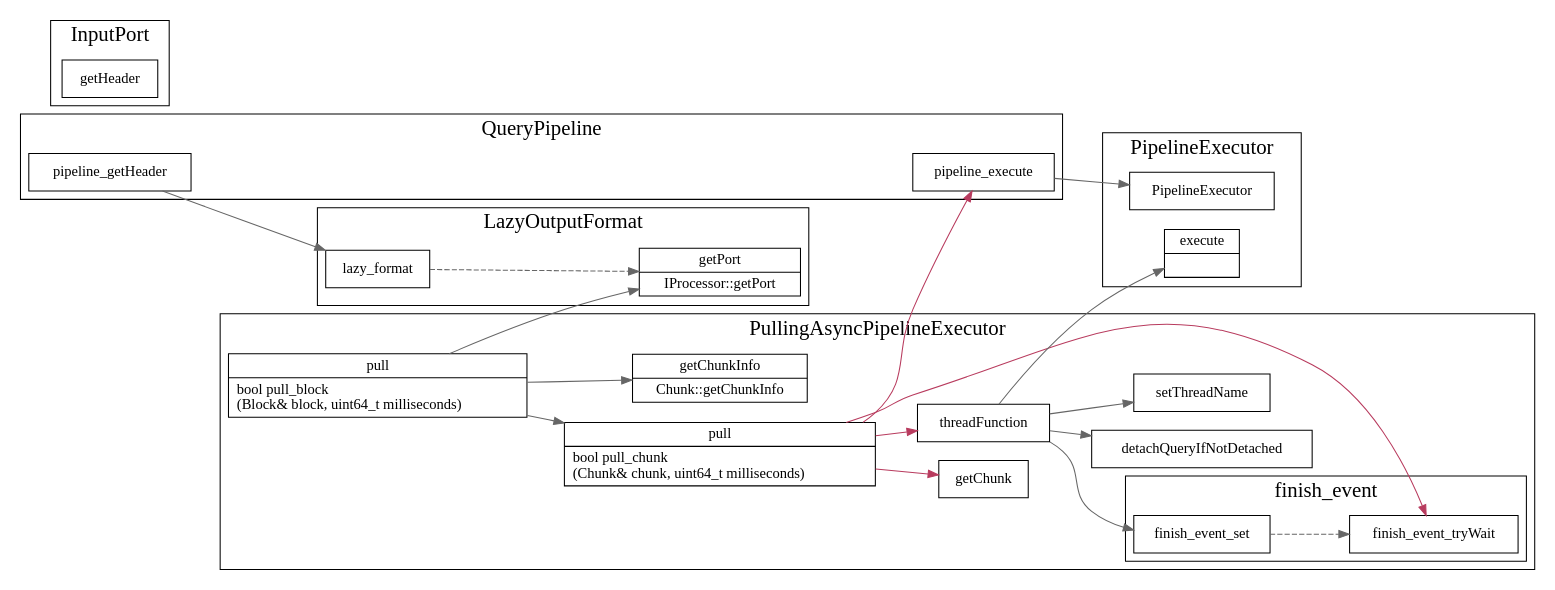
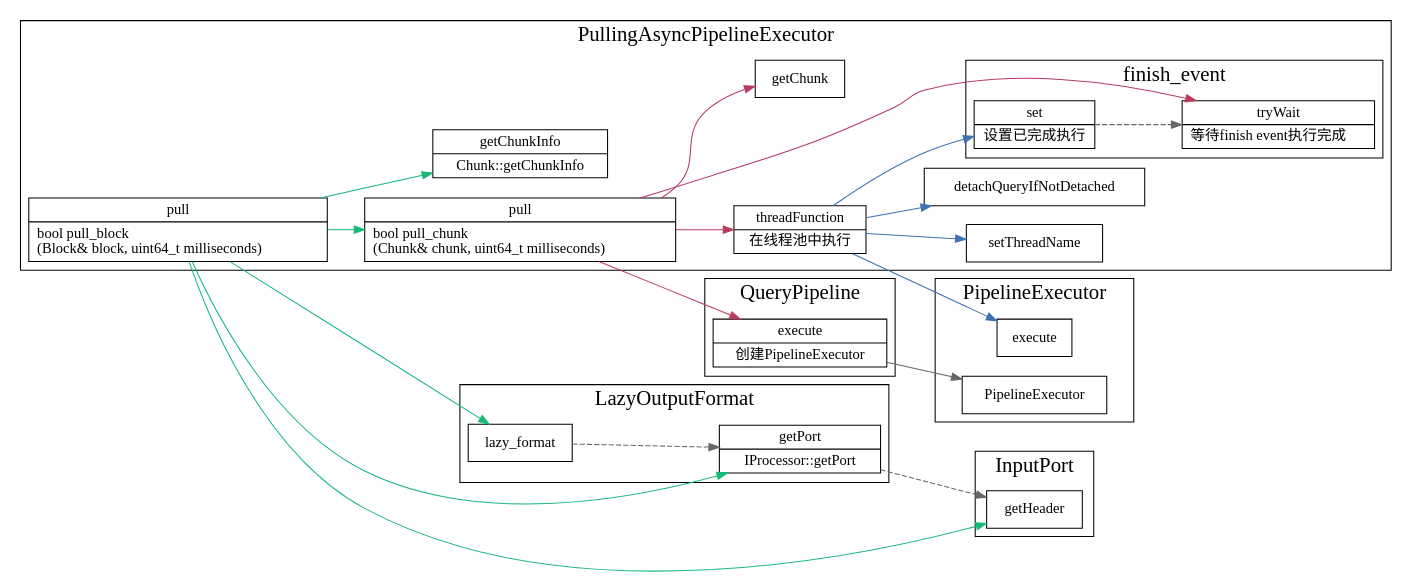
One commit to xieyu/blog changed the diagram in src/clickhouse/dot/pulling-async-pipeline-executor.dot. Above: the diagram before and after it, drawn with Graphviz. The commit also changed 4 other files, not shown here.

```diff
--- a/src/clickhouse/dot/pulling-async-pipeline-executor.dot
+++ b/src/clickhouse/dot/pulling-async-pipeline-executor.dot
@@ -1,89 +1,121 @@
 digraph pulling_async_pipeline_executor {
   node[shape=box];
   edge[color=gray40];
   newrank=true;
   rankdir=LR;
   subgraph cluster_PipelineExecutor {
     graph[label="PipelineExecutor";fontsize=20;];
     pipelineExecutor_execute;
     pipelineExecutor_execute[
       shape="record";
       label="{{
-        execute|
+        execute
       }}";
     ];
     PipelineExecutor;
   }
   subgraph cluster_InputPort {
     graph[label="InputPort";fontsize=20;];
     getHeader;
   }
 
   subgraph cluster_LazyOutputFormat {
     graph[label="LazyOutputFormat";fontsize=20;];
     lazy_format -> lazy_format_getPort[style=dashed];
     lazy_format_getPort[
       shape="record";
       label="{{
         getPort|
         IProcessor::getPort
       }}";
     ];
-    
+    lazy_format_getPort -> getHeader[style=dashed];
   }
   subgraph cluster_QueryPipeline{
     graph[label="QueryPipeline";fontsize=20;];
+    pipeline_execute[
+      shape="record";
+      label="{{
+        execute|
+        创建PipelineExecutor
+      }}";
+    ];
     pipeline_execute -> PipelineExecutor;
-    pipeline_getHeader -> lazy_format;
+    //pipeline_getHeader -> lazy_format;
     
   }
   subgraph cluster_PullingAsyncPipelineExecutor {
     graph[label="PullingAsyncPipelineExecutor";fontsize=20;];
     pull_chunk[
       shape="record";
       label="{{
         pull|
         bool pull_chunk\l 
         (Chunk& chunk, uint64_t milliseconds)\l
+      }}";
+    ];
+    threadFunction[
+      shape="record";
+      label="{{
+        threadFunction|
+        在线程池中执行
       }}";
     ];
     pull_chunk -> {
       threadFunction;
       pipeline_execute;
       finish_event_tryWait;
       getChunk;
     }[color="#b83b5e"];
 
     threadFunction -> {
       setThreadName;
       detachQueryIfNotDetached;
       pipelineExecutor_execute;
       finish_event_set;
-    }
+    }[color="#3f72af"];
+
     subgraph cluster_finish_event {
       graph[label="finish_event";fontsize=20;];
+      finish_event_tryWait[
+        shape="record";
+        label="{{
+          tryWait|
+          等待finish event执行完成\l
+        }}";
+      ];
+      finish_event_set[
+        shape="record";
+        label="{{
+          set|
+          设置已完成执行
+        }}";
+      ];
       finish_event_set -> finish_event_tryWait[style=dashed];
     }
 
     pull_block[
       shape="record";
       label="{{
         pull|
         bool pull_block\l 
         (Block& block, uint64_t milliseconds)\l
       }}";
     ];
     getChunkInfo[
       shape="record";
       label="{{
         getChunkInfo|
         Chunk::getChunkInfo
       }}";
     ];
     pull_block -> {
       pull_chunk;
+      getHeader;
       lazy_format_getPort;
       getChunkInfo;
-    };
+      lazy_format;
+    }[color="#17b978"];
+
   }
 }
```
